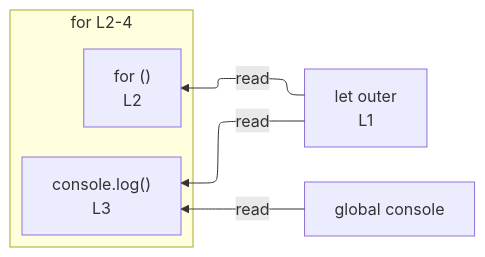
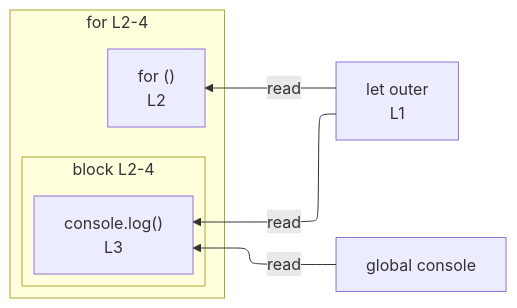
Before and after one commit to crescware/unsnarl: the diagram in integration/fixtures/iteration-statement/for-of/assignment-no-declaration/preview.md, drawn with Mermaid. The commit also changed 106 other files, not shown here.

````diff
--- a/integration/fixtures/iteration-statement/for-of/assignment-no-declaration/preview.md
+++ b/integration/fixtures/iteration-statement/for-of/assignment-no-declaration/preview.md
@@ -14,14 +14,17 @@
 ```mermaid
 %%{init: {"flowchart": {"defaultRenderer": "elk"}}}%%
 flowchart RL
   n_scope_0_outer_4["let outer<br/>L1"]
   n_scope_0_console_48["global console"]
   subgraph s_scope_1["for L2-4"]
     direction RL
     for_test_scope_0_19["for ()<br/>L2"]
-    expr_stmt_48["console.log()<br/>L3"]
+    subgraph s_scope_2["block L2-4"]
+      direction RL
+      expr_stmt_48["console.log()<br/>L3"]
+    end
   end
   n_scope_0_outer_4 -->|read| for_test_scope_0_19
   n_scope_0_console_48 -->|read| expr_stmt_48
   n_scope_0_outer_4 -->|read| expr_stmt_48
 ```
````
